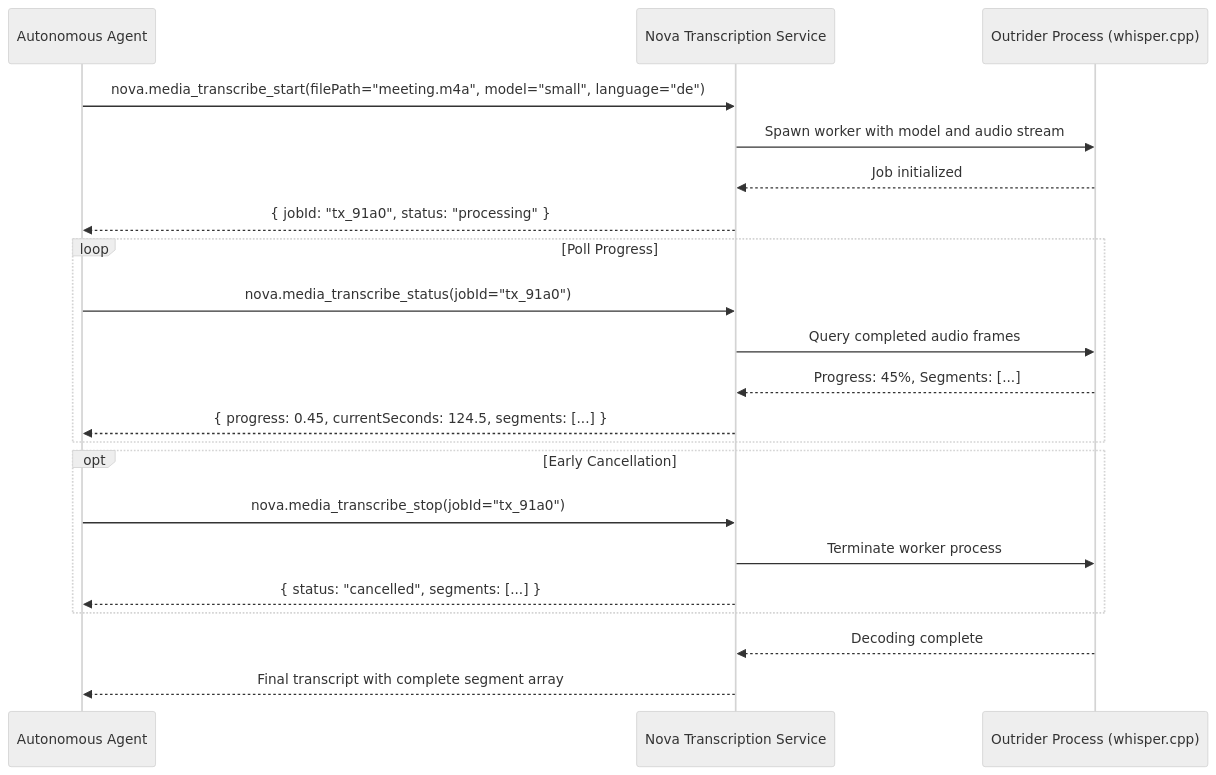
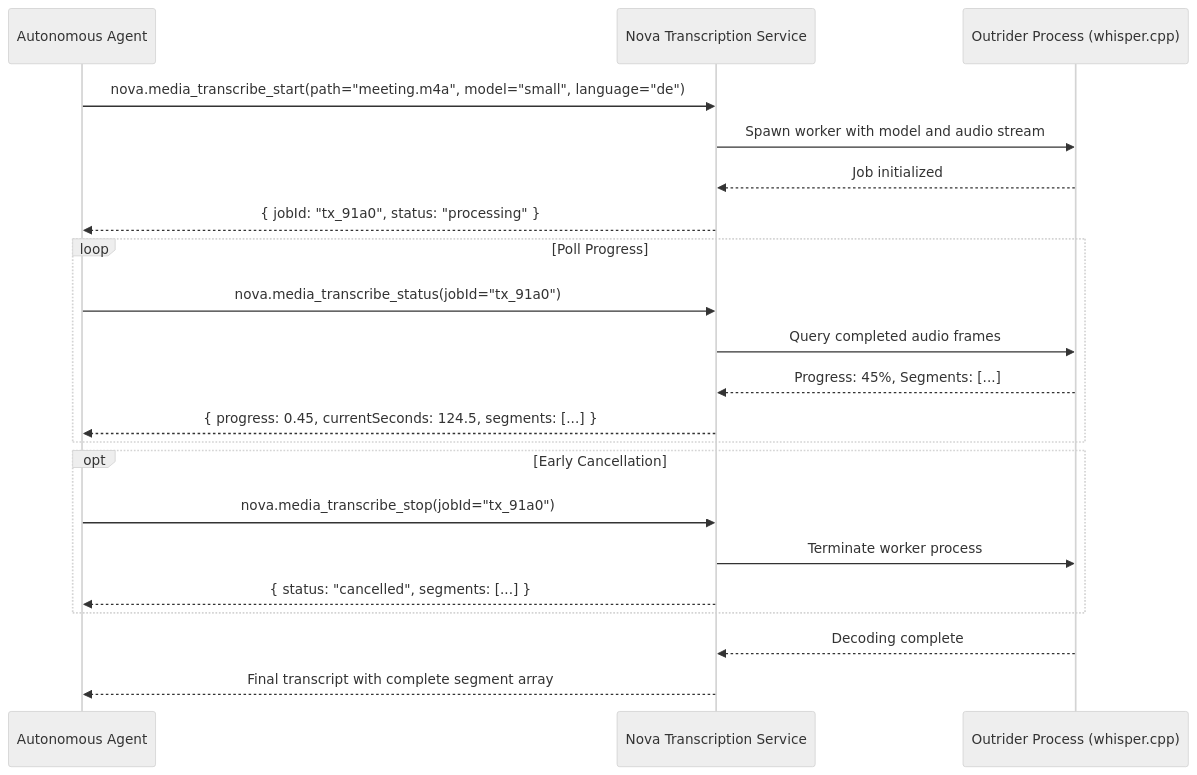
One commit to joelaniol/nova changed the second of 2 diagrams in docs/core-features/media-intelligence/transcription/README.md. Above: the diagram before and after it, drawn with Mermaid (neutral theme). The commit also changed 27 other files, not shown here.

Commit message:
docs(scheduled-tasks): expand architecture reference with triggers, executors, and workspaces

````diff
--- a/docs/core-features/media-intelligence/transcription/README.md
+++ b/docs/core-features/media-intelligence/transcription/README.md
@@ -99,27 +99,27 @@
 ```mermaid
 sequenceDiagram
     participant Agent as Autonomous Agent
     participant Nova as Nova Transcription Service
     participant Outrider as Outrider Process (whisper.cpp)
 
-    Agent->>Nova: nova.media_transcribe_start(filePath="meeting.m4a", model="small", language="de")
+    Agent->>Nova: nova.media_transcribe_start(path="meeting.m4a", model="small", language="de")
     Nova->>Outrider: Spawn worker with model and audio stream
     Outrider-->>Nova: Job initialized
     Nova-->>Agent: { jobId: "tx_91a0", status: "processing" }
 
     loop Poll Progress
         Agent->>Nova: nova.media_transcribe_status(jobId="tx_91a0")
         Nova->>Outrider: Query completed audio frames
         Outrider-->>Nova: Progress: 45%, Segments: [...]
         Nova-->>Agent: { progress: 0.45, currentSeconds: 124.5, segments: [...] }
     end
 
     opt Early Cancellation
         Agent->>Nova: nova.media_transcribe_stop(jobId="tx_91a0")
         Nova->>Outrider: Terminate worker process
         Nova-->>Agent: { status: "cancelled", segments: [...] }
     end
 
     Outrider-->>Nova: Decoding complete
     Nova-->>Agent: Final transcript with complete segment array
 ```
````
